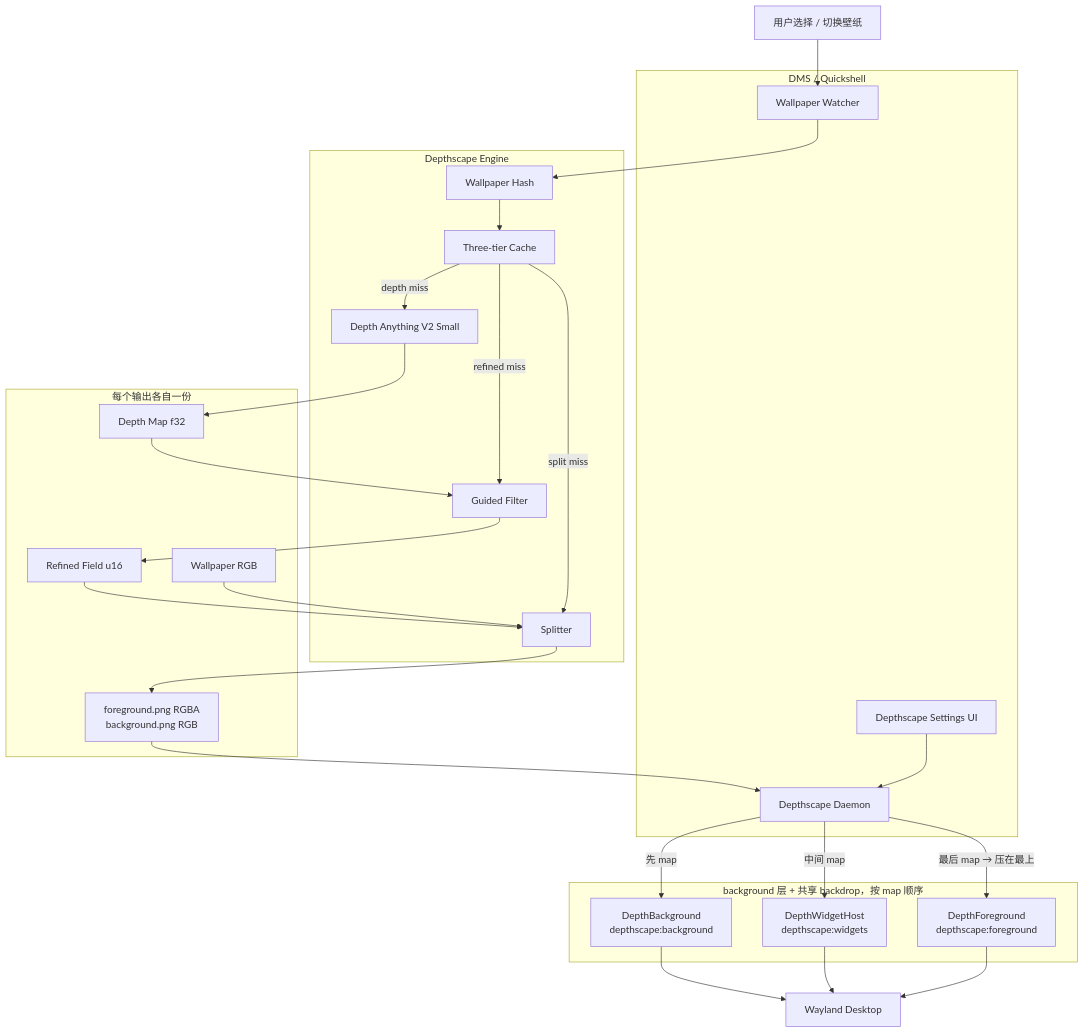
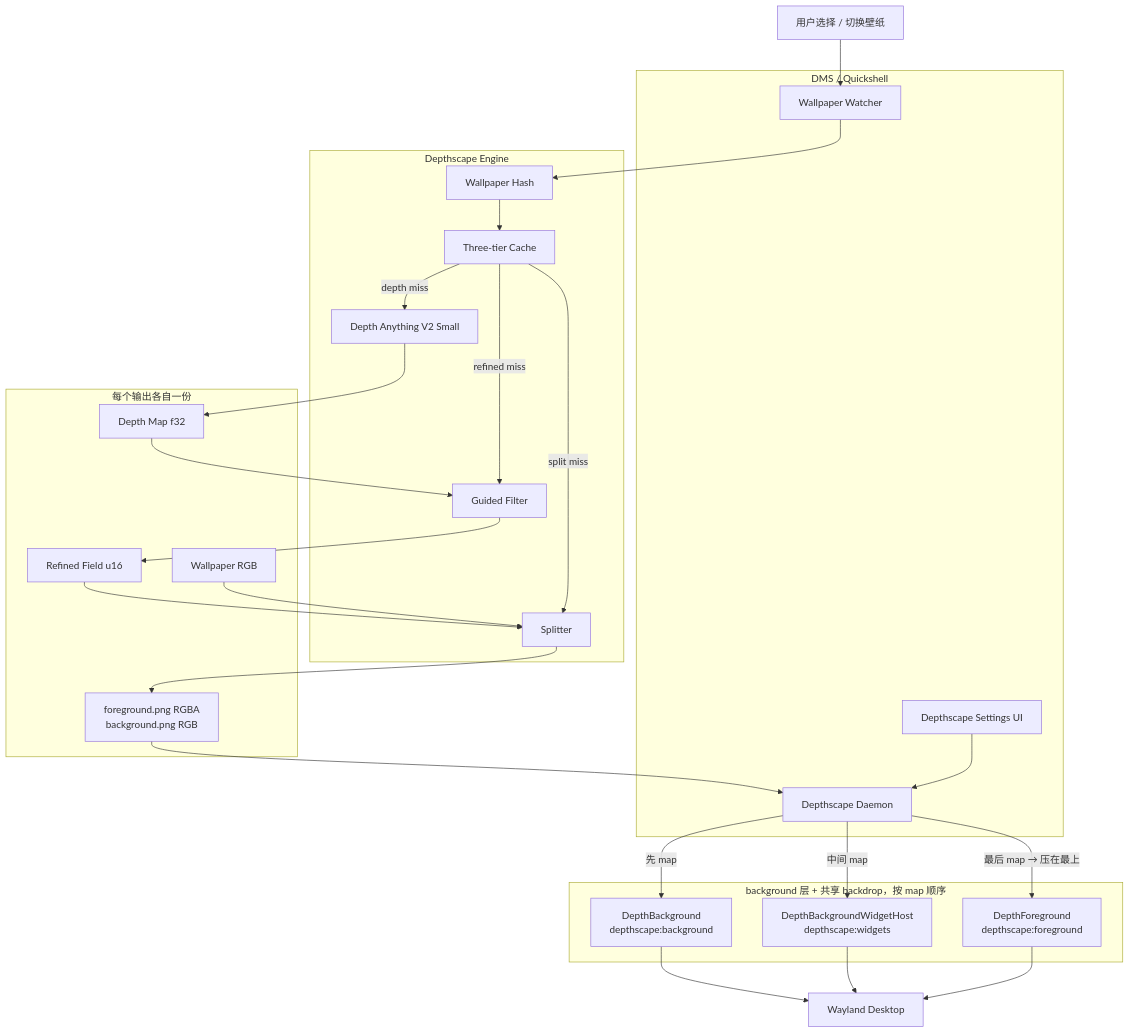
The diagram in docs/depthscape.md (Tz-slayer/depthscape), drawn with Mermaid before and after one commit. The commit also changed other lines of this file and 94 other files, not shown here.

````diff
--- a/docs/depthscape.md
+++ b/docs/depthscape.md
@@ -193,56 +236,56 @@
 ```mermaid
 flowchart TB
     USER[用户选择 / 切换壁纸]
 
     subgraph DMS[DMS / Quickshell]
         WATCHER[Wallpaper Watcher]
         UI[Depthscape Settings UI]
         DAEMON[Depthscape Daemon]
     end
 
     subgraph ENGINE[Depthscape Engine]
         HASH[Wallpaper Hash]
         CACHE[Three-tier Cache]
         DEPTH[Depth Anything V2 Small]
         REFINE[Guided Filter]
         SPLIT[Splitter]
     end
 
     subgraph LAYERS[background 层 + 共享 backdrop，按 map 顺序]
         BG[DepthBackground<br/>depthscape:background]
-        WH[DepthWidgetHost<br/>depthscape:widgets]
+        WH[DepthBackgroundWidgetHost<br/>depthscape:widgets]
         FG[DepthForeground<br/>depthscape:foreground]
     end
 
     subgraph ASSETS[每个输出各自一份]
         WPRGB[Wallpaper RGB]
         DEPTHMAP[Depth Map f32]
         REFINED[Refined Field u16]
         PAIR[foreground.png RGBA<br/>background.png RGB]
     end
 
     USER --> WATCHER
     WATCHER --> HASH
     HASH --> CACHE
 
     CACHE -->|depth miss| DEPTH
     CACHE -->|refined miss| REFINE
     CACHE -->|split miss| SPLIT
 
     DEPTH --> DEPTHMAP
     DEPTHMAP --> REFINE
     REFINE --> REFINED
     REFINED --> SPLIT
     WPRGB --> SPLIT
     SPLIT --> PAIR
 
     PAIR --> DAEMON
     UI --> DAEMON
     DAEMON -->|"先 map"| BG
     DAEMON -->|"中间 map"| WH
     DAEMON -->|"最后 map → 压在最上"| FG
 
     BG --> DISPLAY[Wayland Desktop]
     WH --> DISPLAY
     FG --> DISPLAY
 ```
````
